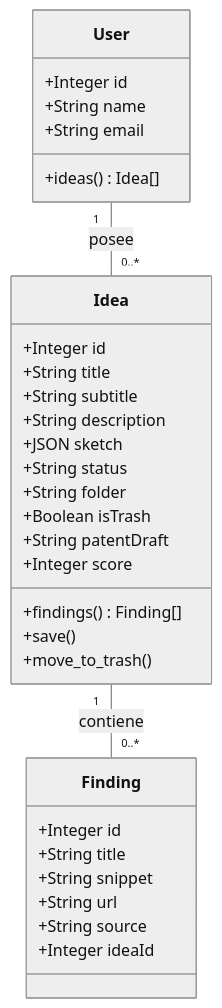
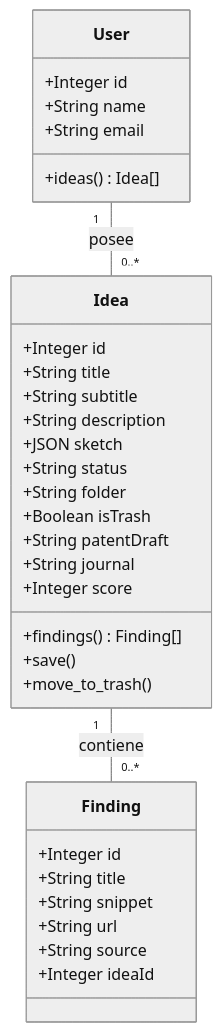
Before and after one commit to pachofisico/idea-pipeline: the diagram in docs/architecture.md, drawn with Mermaid. The commit also changed 6 other files, not shown here.

````diff
--- a/docs/architecture.md
+++ b/docs/architecture.md
@@ -24,36 +24,37 @@
 ```mermaid
 %%{init: {'theme': 'neutral'}}%%
 classDiagram
     class User {
         +Integer id
         +String name
         +String email
         +ideas() Idea[]
     }
     class Idea {
         +Integer id
         +String title
         +String subtitle
         +String description
         +JSON sketch
         +String status
         +String folder
         +Boolean isTrash
         +String patentDraft
+        +String journal
         +Integer score
         +findings() Finding[]
         +save()
         +move_to_trash()
     }
     class Finding {
         +Integer id
         +String title
         +String snippet
         +String url
         +String source
         +Integer ideaId
     }
 
     User "1" -- "0..*" Idea : posee
     Idea "1" -- "0..*" Finding : contiene
 ```
````
